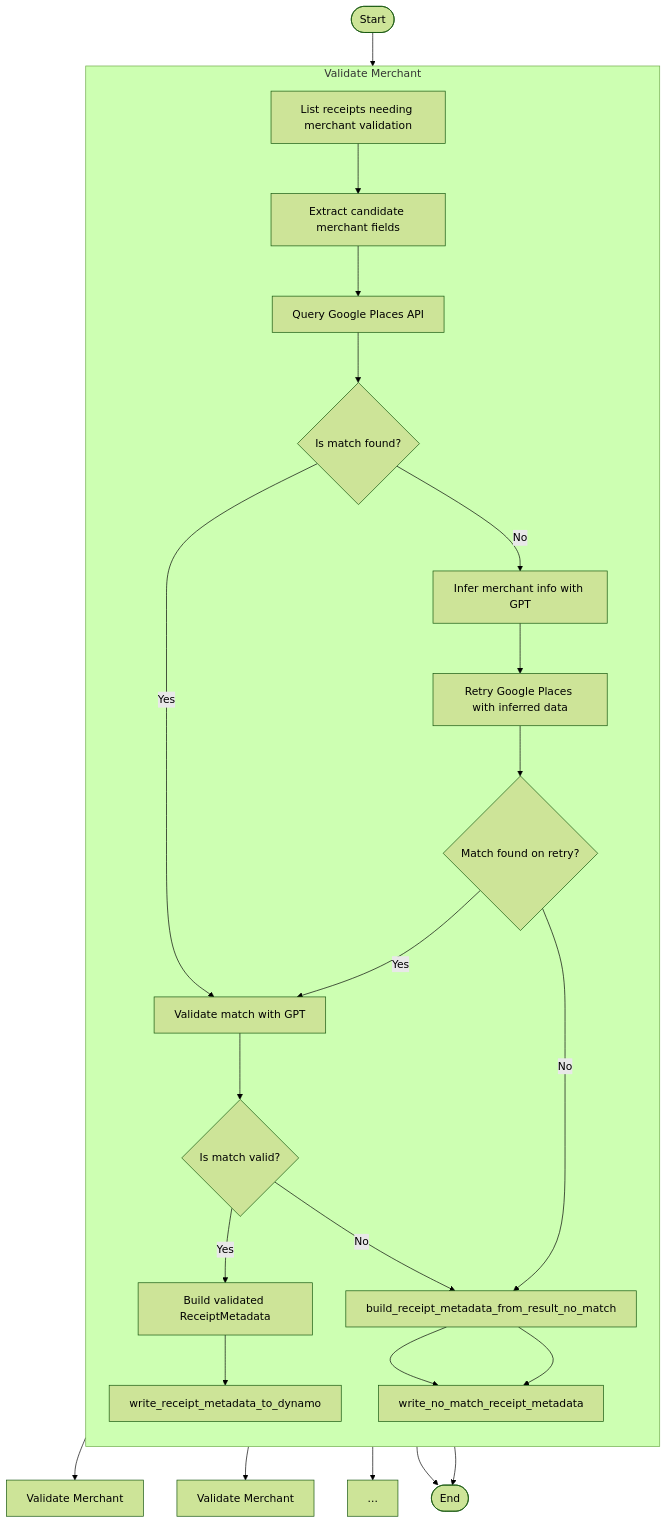
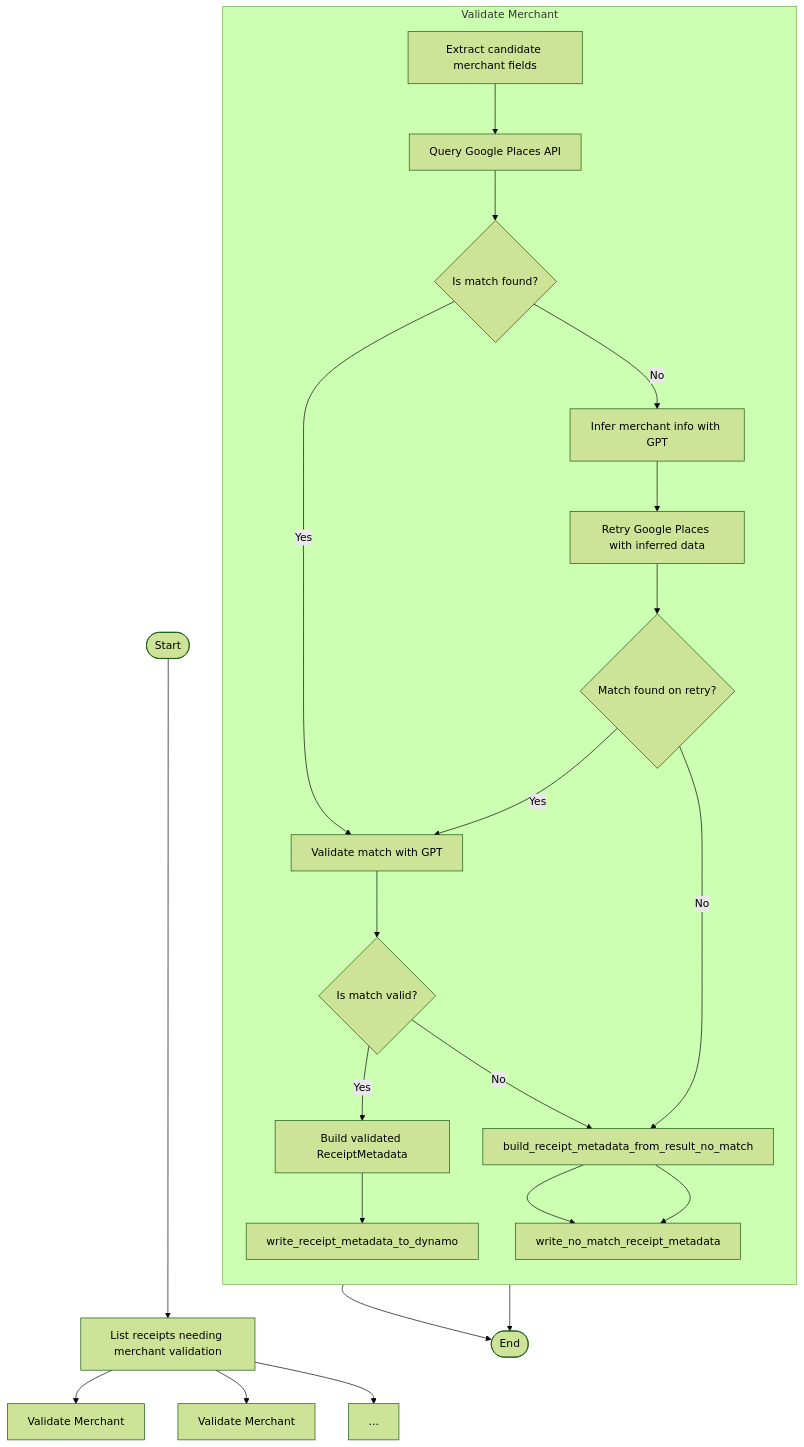
Before and after one commit to tnorlund/Portfolio: the diagram in receipt_label/receipt_label/merchant_validation/README.md, drawn with Mermaid (forest theme).

````diff
--- a/receipt_label/receipt_label/merchant_validation/README.md
+++ b/receipt_label/receipt_label/merchant_validation/README.md
@@ -77,29 +77,28 @@
 ```mermaid
 flowchart TD
     Start([Start]) --> ListReceiptsNeedingValidation["List receipts needing merchant validation"]
     ListReceiptsNeedingValidation --> ValidateMerchant0["Validate Merchant"]
     ListReceiptsNeedingValidation --> ValidateMerchant1["Validate Merchant"]
     ListReceiptsNeedingValidation --> ValidateMerchantEllipsis["..."]
 
 
     subgraph "Validate Merchant"
         direction TB
-        ListReceiptsNeedingValidation --> extract_candidate_merchant_fields["Extract candidate merchant fields"]
-        extract_candidate_merchant_fields --> query_google_places["Query Google Places API"]
+        extract_candidate_merchant_fields["Extract candidate merchant fields"] --> query_google_places["Query Google Places API"]
         query_google_places --> IsMatchFound{"Is match found?"}
 
         IsMatchFound -- Yes --> validate_match_with_gpt["Validate match with GPT"]
         IsMatchFound -- No --> InferWithGPT["Infer merchant info with GPT"]
         InferWithGPT --> retry_google_search_with_inferred_data["Retry Google Places with inferred data"]
         retry_google_search_with_inferred_data --> IsRetryMatchFound{"Match found on retry?"}
         IsRetryMatchFound -- Yes --> validate_match_with_gpt
         IsRetryMatchFound -- No --> build_receipt_metadata_from_result_no_match --> write_no_match_receipt_metadata
 
         validate_match_with_gpt --> IsValid{"Is match valid?"}
         IsValid -- Yes --> build_receipt_metadata_from_result["Build validated ReceiptMetadata"] --> write_receipt_metadata_to_dynamo
         IsValid -- No --> build_receipt_metadata_from_result_no_match --> write_no_match_receipt_metadata
     end
 
     write_no_match_receipt_metadata --> End([End])
     write_receipt_metadata_to_dynamo --> End([End])
 ```
````
